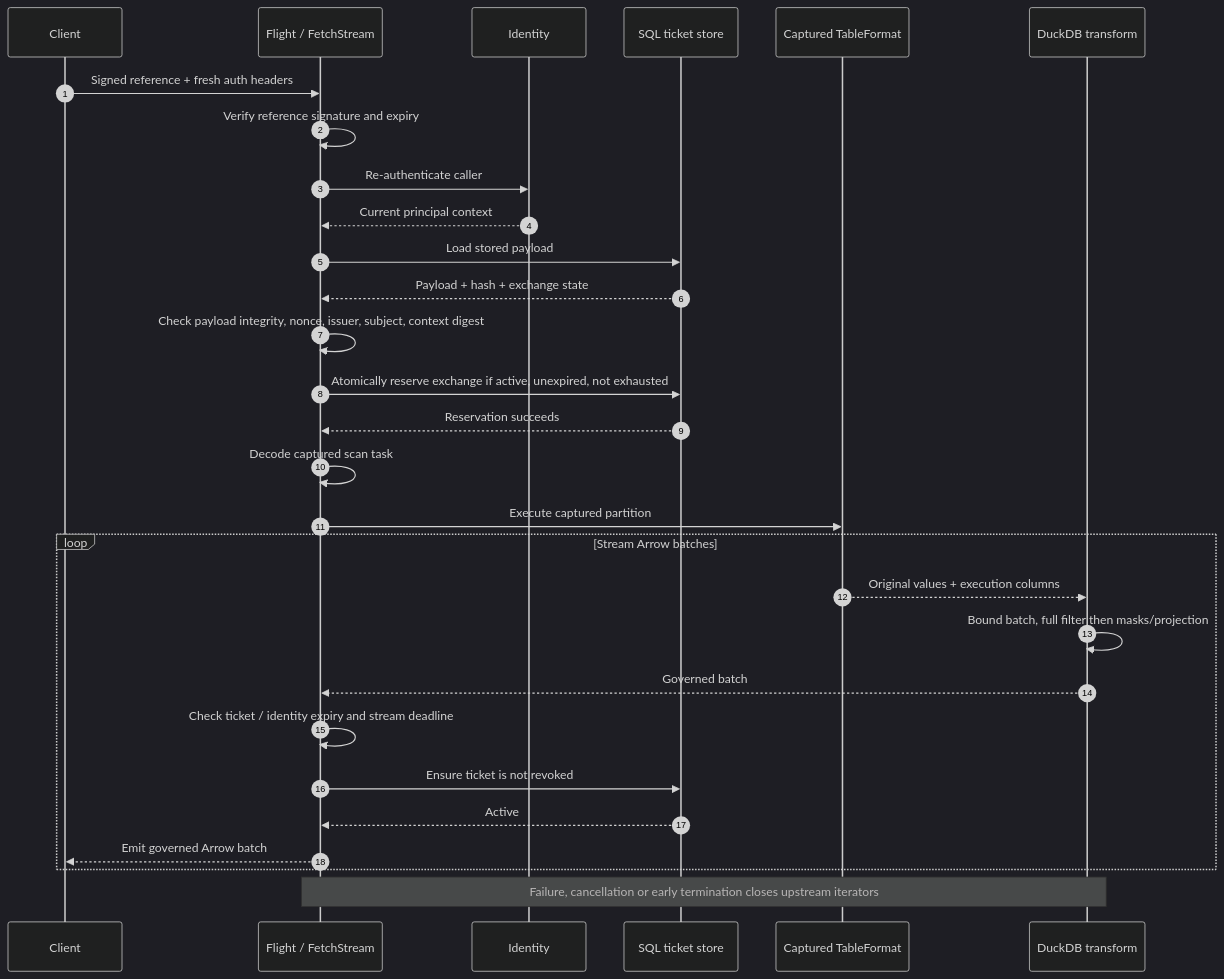
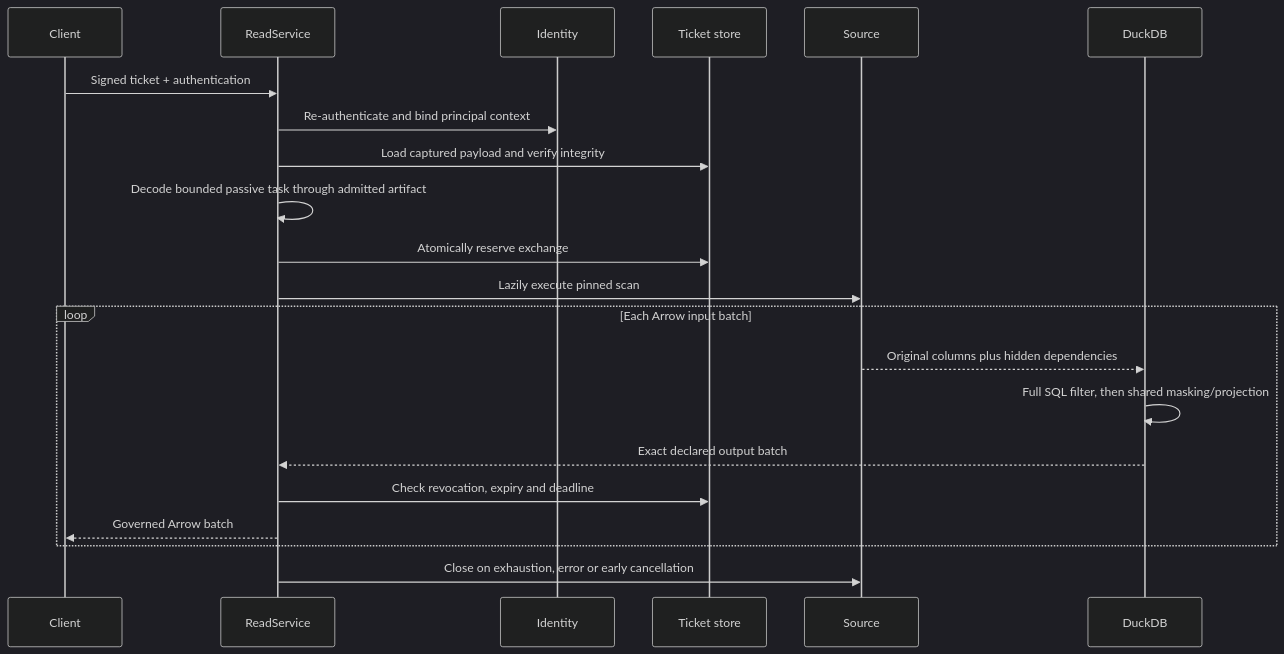
Before and after one commit to snithish/dal-obscura: the fifth of 5 diagrams in docs/architecture/architecture-atlas.md, drawn with Mermaid (dark theme). The commit also changed other lines of this file and 378 other files, not shown here.

First line of the commit message:
refactor(core)!: consolidate governed read and control ownership

````diff
--- a/docs/architecture/architecture-atlas.md
+++ b/docs/architecture/architecture-atlas.md
@@ -169,31 +107,23 @@
 ```mermaid
 sequenceDiagram
-    autonumber
     participant C as Client
-    participant F as Flight / FetchStream
+    participant R as ReadService
     participant I as Identity
-    participant T as SQL ticket store
-    participant S as Captured TableFormat
-    participant D as DuckDB transform
-    C->>F: Signed reference + fresh auth headers
-    F->>F: Verify reference signature and expiry
-    F->>I: Re-authenticate caller
-    I-->>F: Current principal context
-    F->>T: Load stored payload
-    T-->>F: Payload + hash + exchange state
-    F->>F: Check payload integrity, nonce, issuer, subject, context digest
-    F->>T: Atomically reserve exchange if active, unexpired, not exhausted
-    T-->>F: Reservation succeeds
-    F->>F: Decode captured scan task
-    F->>S: Execute captured partition
-    loop Stream Arrow batches
-        S-->>D: Original values + execution columns
-        D->>D: Bound batch, full filter then masks/projection
-        D-->>F: Governed batch
-        F->>F: Check ticket / identity expiry and stream deadline
-        F->>T: Ensure ticket is not revoked
-        T-->>F: Active
-        F-->>C: Emit governed Arrow batch
+    participant T as Ticket store
+    participant S as Source
+    participant D as DuckDB
+    C->>R: Signed ticket + authentication
+    R->>I: Re-authenticate and bind principal context
+    R->>T: Load captured payload and verify integrity
+    R->>R: Decode bounded passive task through admitted artifact
+    R->>T: Atomically reserve exchange
+    R->>S: Lazily execute pinned scan
+    loop Each Arrow input batch
+        S-->>D: Original columns plus hidden dependencies
+        D->>D: Full SQL filter, then shared masking/projection
+        D-->>R: Exact declared output batch
+        R->>T: Check revocation, expiry and deadline
+        R-->>C: Governed Arrow batch
     end
-    Note over F,D: Failure, cancellation or early termination closes upstream iterators
+    R->>S: Close on exhaustion, error or early cancellation
 ```
````
